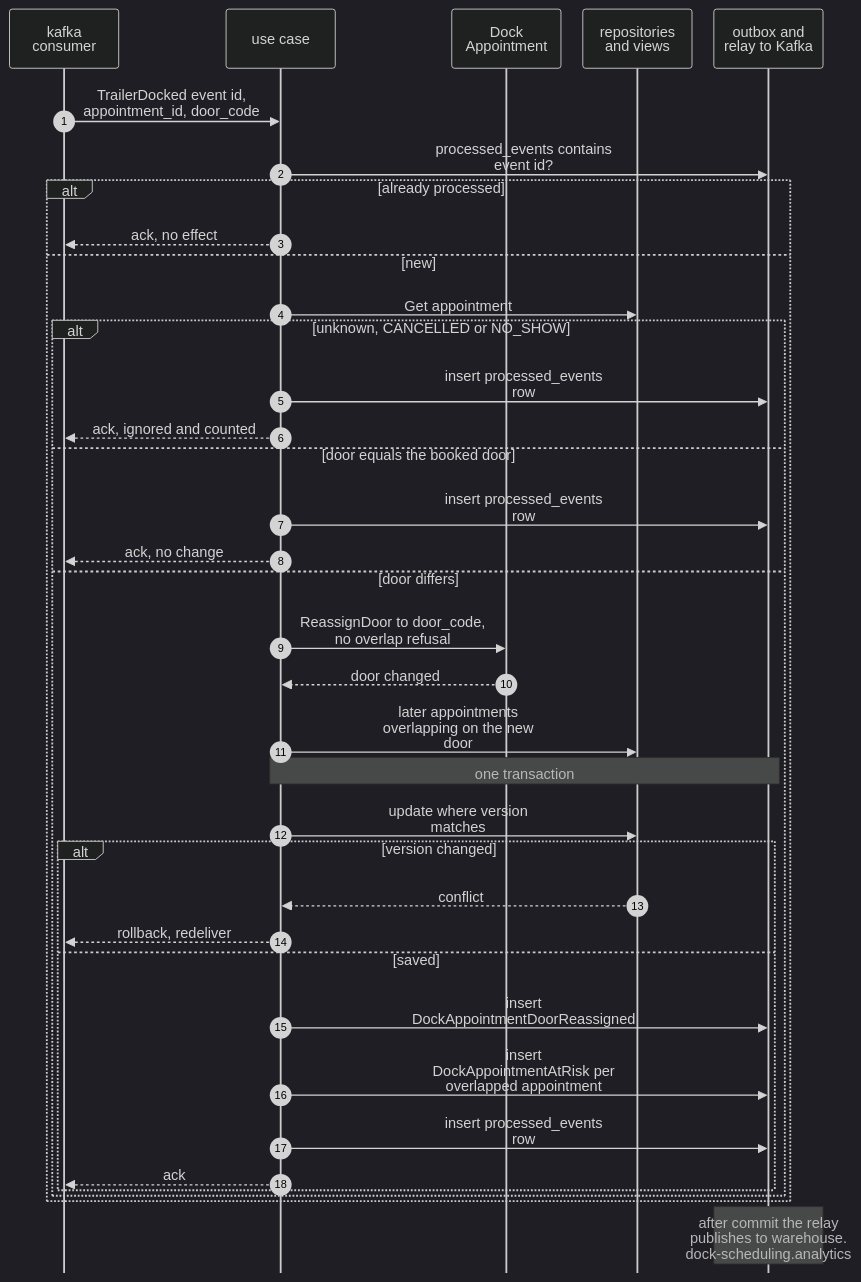
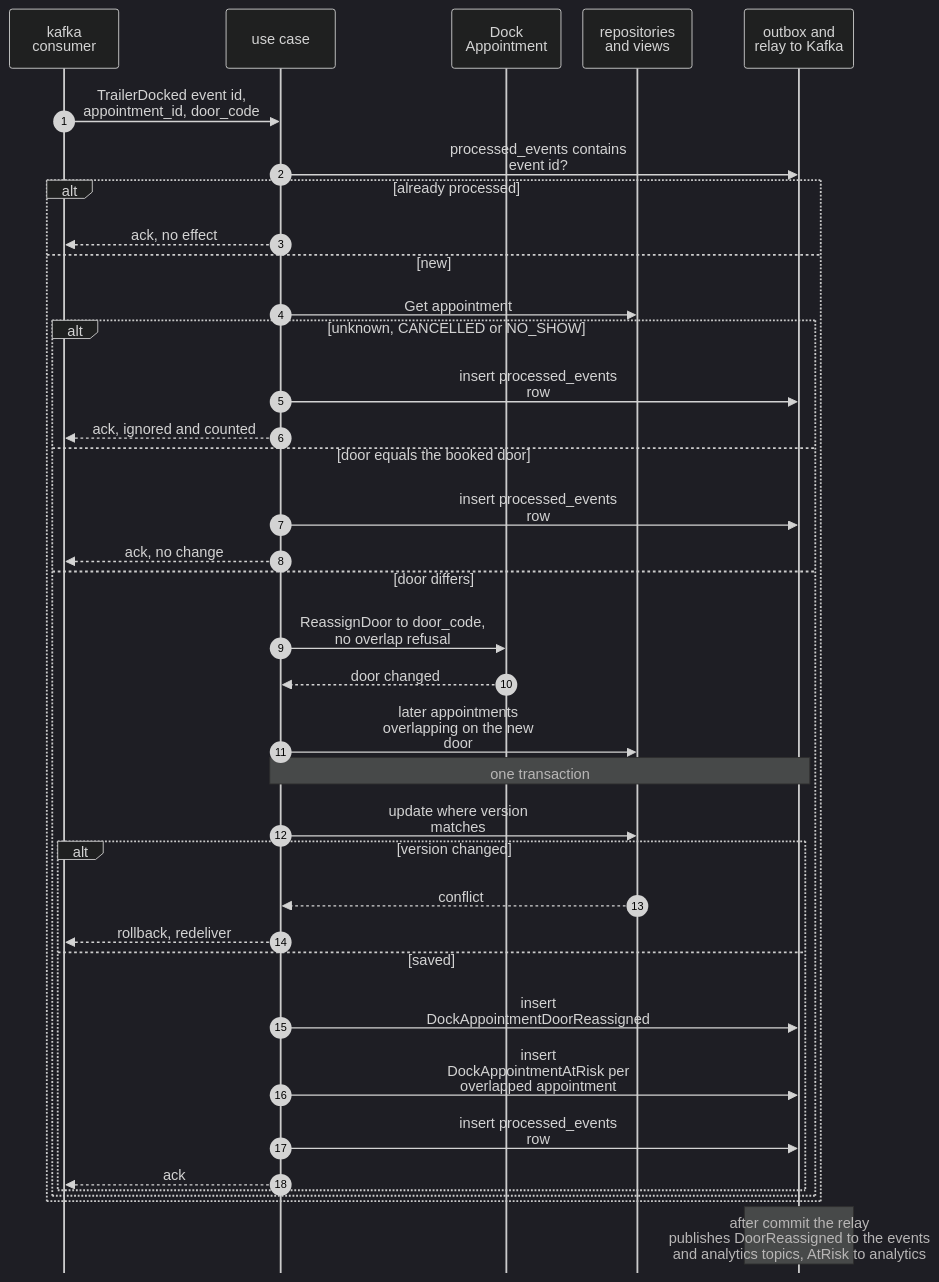
The sixth of 13 diagrams in yard/docs/contexts/dock-scheduling/sequence-diagrams.md (IQVO/warehouse-docs), drawn with Mermaid (dark theme) before and after one commit. The commit also changed other lines of this file and 51 other files, not shown here.

First line of the commit message:
docs(yard): as-built refresh: dock-scheduling and yard-management are built on develop, not deployed (#118)

````diff
--- a/yard/docs/contexts/dock-scheduling/sequence-diagrams.md
+++ b/yard/docs/contexts/dock-scheduling/sequence-diagrams.md
@@ -287,41 +287,41 @@
 ```mermaid
 %%{init: {"sequence": {"wrap": true, "width": 120, "actorMargin": 24, "messageMargin": 28, "boxMargin": 6, "noteMargin": 6, "mirrorActors": false}}}%%
 sequenceDiagram
     autonumber
     participant H as kafka<br/>consumer
     participant U as use case
     participant A as Dock<br/>Appointment
     participant R as repositories<br/>and views
     participant O as outbox and<br/>relay to Kafka
     H->>U: TrailerDocked event id,<br/>appointment_id, door_code
     U->>O: processed_events contains<br/>event id?
     alt already processed
         U-->>H: ack, no effect
     else new
         U->>R: Get appointment
         alt unknown, CANCELLED or NO_SHOW
             U->>O: insert processed_events<br/>row
             U-->>H: ack, ignored and counted
         else door equals the booked door
             U->>O: insert processed_events<br/>row
             U-->>H: ack, no change
         else door differs
             U->>A: ReassignDoor to door_code,<br/>no overlap refusal
             A-->>U: door changed
             U->>R: later appointments<br/>overlapping on the new<br/>door
             Note over U,O: one transaction
             U->>R: update where version<br/>matches
             alt version changed
                 R-->>U: conflict
                 U-->>H: rollback, redeliver
             else saved
                 U->>O: insert<br/>DockAppointmentDoorReassigned
                 U->>O: insert<br/>DockAppointmentAtRisk per<br/>overlapped appointment
                 U->>O: insert processed_events<br/>row
                 U-->>H: ack
             end
         end
     end
-    Note over O: after commit the relay<br/>publishes to warehouse.<br/>dock-scheduling.analytics
+    Note over O: after commit the relay<br/>publishes DoorReassigned to the events<br/>and analytics topics, AtRisk to analytics
 
 ```
````
